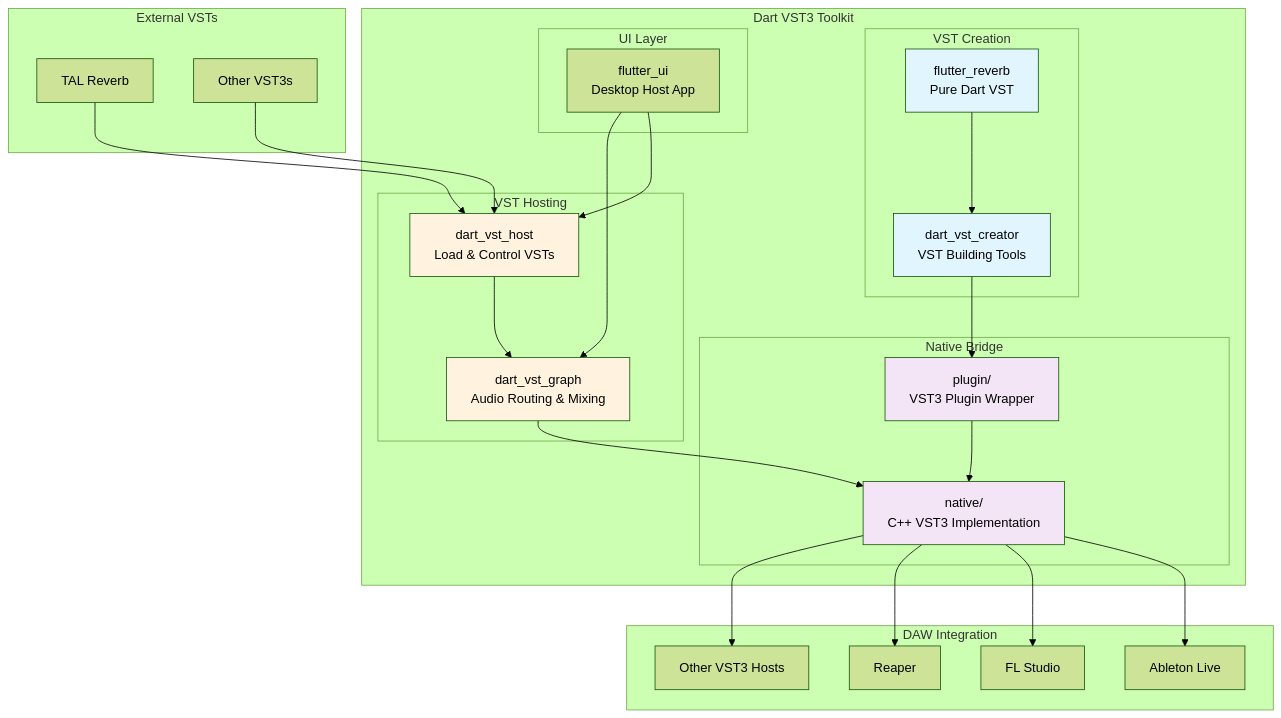
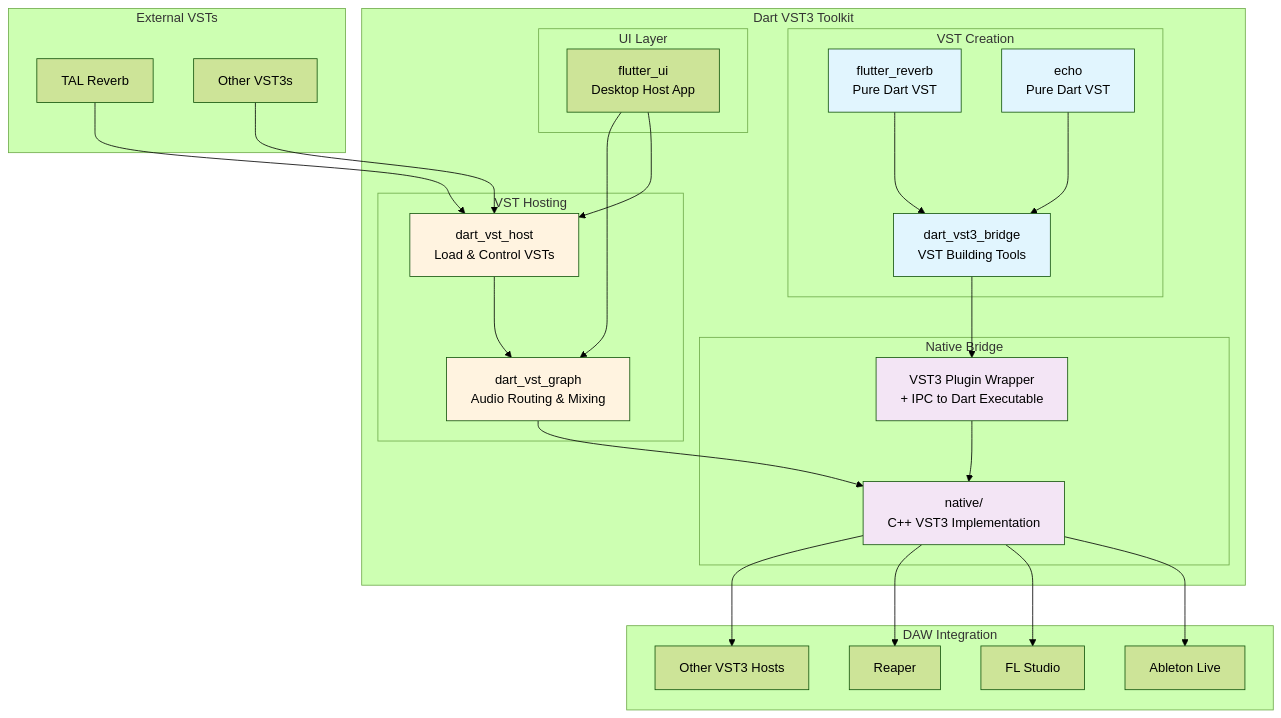
One commit to MelbourneDeveloper/flutter_vst3 changed the first of 6 diagrams in README.md. Above: the diagram before and after it, drawn with Mermaid (forest theme). The commit also changed other lines of this file and 76 other files, not shown here.

````diff
--- a/README.md
+++ b/README.md
@@ -9,63 +13,66 @@
 ```mermaid
 graph TB
     subgraph "DAW Integration"
         DAW1[Ableton Live]
         DAW2[FL Studio]
         DAW3[Reaper]
         DAW4[Other VST3 Hosts]
     end
     
     subgraph "Dart VST3 Toolkit"
         subgraph "VST Creation"
             FR[flutter_reverb<br/>Pure Dart VST]
-            DVST[dart_vst_creator<br/>VST Building Tools]
+            ECHO[echo<br/>Pure Dart VST]
+            DVST[dart_vst3_bridge<br/>VST Building Tools]
         end
         
         subgraph "VST Hosting"
             DVH[dart_vst_host<br/>Load & Control VSTs]
             DVG[dart_vst_graph<br/>Audio Routing & Mixing]
         end
         
         subgraph "Native Bridge"
             NL[native/<br/>C++ VST3 Implementation]
-            PL[plugin/<br/>VST3 Plugin Wrapper]
+            PL[VST3 Plugin Wrapper<br/>+ IPC to Dart Executable]
         end
         
         subgraph "UI Layer"
             FUI[flutter_ui<br/>Desktop Host App]
         end
     end
     
     subgraph "External VSTs"
         VST1[TAL Reverb]
         VST2[Other VST3s]
     end
     
     %% VST Creation Flow
     FR --> DVST
+    ECHO --> DVST
     DVST --> PL
     PL --> NL
     
     %% VST Hosting Flow  
     VST1 --> DVH
     VST2 --> DVH
     DVH --> DVG
     DVG --> NL
     
     %% UI Integration
     FUI --> DVH
     FUI --> DVG
     
     %% DAW Integration
     NL --> DAW1
     NL --> DAW2
     NL --> DAW3
     NL --> DAW4
     
     style FR fill:#e1f5fe
+    style ECHO fill:#e1f5fe
     style DVST fill:#e1f5fe
     style DVH fill:#fff3e0
     style DVG fill:#fff3e0
     style NL fill:#f3e5f5
     style PL fill:#f3e5f5
 ```
````
